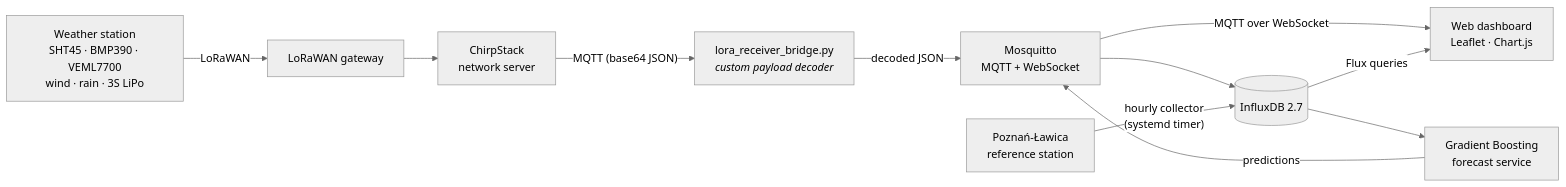
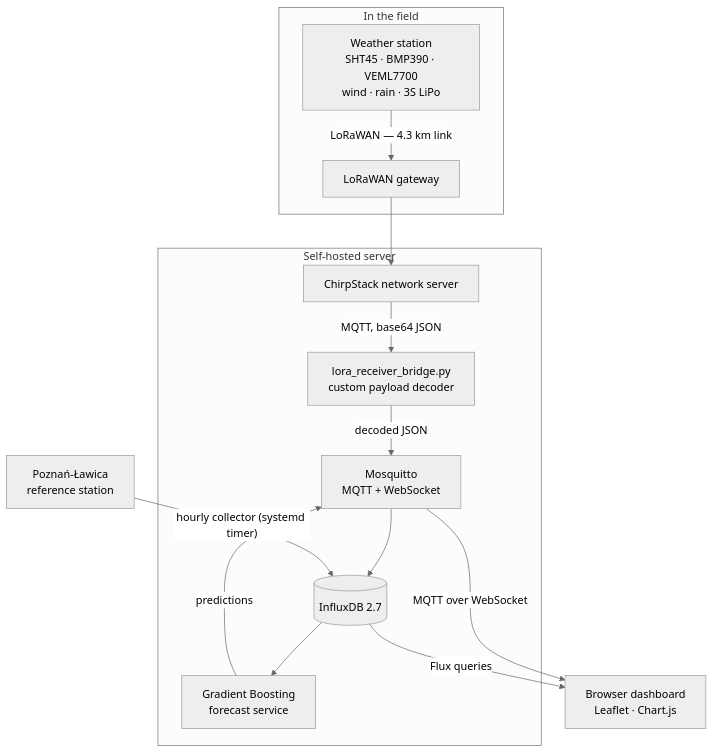
One commit to kubuswes2003/autonomous-remote-monitoring-system changed the diagram in README.md. Above: the diagram before and after it, drawn with Mermaid (neutral theme).

Commit message:
docs: make architecture diagram vertical and readable

````diff
--- a/README.md
+++ b/README.md
@@ -35,21 +35,26 @@
 ```mermaid
-flowchart LR
-    ST["Weather station<br/>SHT45 · BMP390 · VEML7700<br/>wind · rain · 3S LiPo"]
-    GW["LoRaWAN gateway"]
-    CS["ChirpStack<br/>network server"]
-    BR["lora_receiver_bridge.py<br/><i>custom payload decoder</i>"]
-    MQ["Mosquitto<br/>MQTT + WebSocket"]
-    DB[("InfluxDB 2.7")]
-    ML["Gradient Boosting<br/>forecast service"]
-    WEB["Web dashboard<br/>Leaflet · Chart.js"]
+flowchart TD
+    subgraph field ["In the field"]
+        ST["Weather station<br/>SHT45 · BMP390 · VEML7700<br/>wind · rain · 3S LiPo"]
+        GW["LoRaWAN gateway"]
+    end
+
+    subgraph server ["Self-hosted server"]
+        CS["ChirpStack network server"]
+        BR["lora_receiver_bridge.py<br/>custom payload decoder"]
+        MQ["Mosquitto<br/>MQTT + WebSocket"]
+        DB[("InfluxDB 2.7")]
+        ML["Gradient Boosting<br/>forecast service"]
+    end
+
     IMGW["Poznań-Ławica<br/>reference station"]
+    WEB["Browser dashboard<br/>Leaflet · Chart.js"]
 
-    ST -- LoRaWAN --> GW --> CS
-    CS -- "MQTT (base64 JSON)" --> BR
-    BR -- "decoded JSON" --> MQ
-    MQ --> DB
-    IMGW -- "hourly collector<br/>(systemd timer)" --> DB
-    DB --> ML -- "predictions" --> MQ
-    MQ -- "MQTT over WebSocket" --> WEB
-    DB -- "Flux queries" --> WEB
+    ST -->|"LoRaWAN — 4.3 km link"| GW --> CS
+    CS -->|"MQTT, base64 JSON"| BR
+    BR -->|"decoded JSON"| MQ --> DB
+    IMGW -->|"hourly collector (systemd timer)"| DB
+    DB --> ML -->|"predictions"| MQ
+    MQ -->|"MQTT over WebSocket"| WEB
+    DB -->|"Flux queries"| WEB
 ```
````
